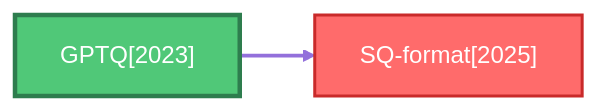
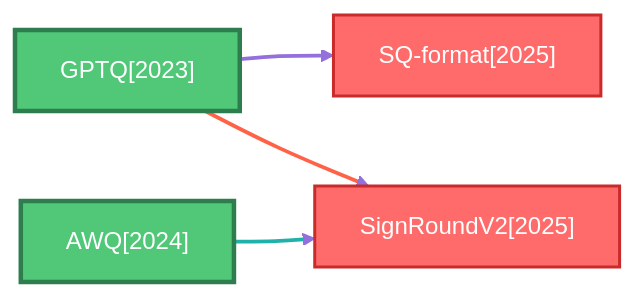
Before and after one commit to hustzxd/EfficientPaper: the sixth of 8 diagrams in docs/baseline_methods_graph.md, drawn with Mermaid. The commit also changed other lines of this file and 71 other files, not shown here.

````diff
--- a/docs/baseline_methods_graph.md
+++ b/docs/baseline_methods_graph.md
@@ -363,15 +369,23 @@
 ```mermaid
 flowchart LR
     classDef defaultNode fill:#4A90E2,stroke:#2E5C8A,stroke-width:2px,color:#fff
     classDef rootNode fill:#50C878,stroke:#2E7D4E,stroke-width:3px,color:#fff
     classDef leafNode fill:#FF6B6B,stroke:#C92A2A,stroke-width:2px,color:#fff
     linkStyle default stroke:#9370DB,stroke-width:2px
 
     2023_GPTQ["GPTQ[2023]"]
     class 2023_GPTQ rootNode
+    2024_AWQ["AWQ[2024]"]
+    class 2024_AWQ rootNode
     2025_SQ_format["SQ-format[2025]"]
     class 2025_SQ_format leafNode
+    2025_SignRoundV2["SignRoundV2[2025]"]
+    class 2025_SignRoundV2 leafNode
 
     2023_GPTQ ==>|" "| 2025_SQ_format
     linkStyle 0 stroke:#9370DB,stroke-width:2.5px
+    2023_GPTQ ==>|" "| 2025_SignRoundV2
+    linkStyle 1 stroke:#FF6347,stroke-width:2.5px
+    2024_AWQ ==>|" "| 2025_SignRoundV2
+    linkStyle 2 stroke:#20B2AA,stroke-width:2.5px
 ```
````
